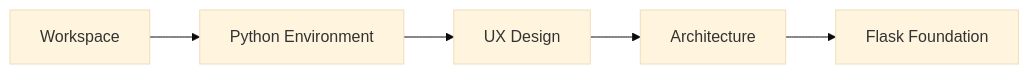
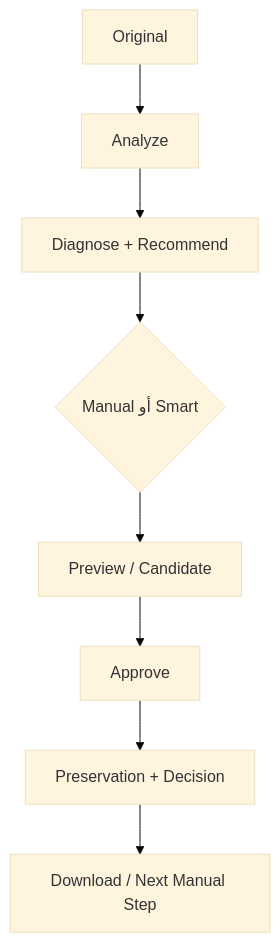
The second of 4 diagrams in docs/roadmap.md (Alhareith/manuscript-doctor), drawn with Mermaid (base theme) before and after one commit. The commit also changed other lines of this file and 168 other files, not shown here.

````diff
--- a/docs/roadmap.md
+++ b/docs/roadmap.md
@@ -80,7 +57,10 @@
 ```mermaid
-flowchart LR
-    A["Workspace"] --> B["Python Environment"]
-    B --> C["UX Design"]
-    C --> D["Architecture"]
-    D --> E["Flask Foundation"]
+flowchart TD
+    A["Original"] --> B["Analyze"]
+    B --> C["Diagnose + Recommend"]
+    C --> D{"Manual أو Smart"}
+    D --> E["Preview / Candidate"]
+    E --> F["Approve"]
+    F --> G["Preservation + Decision"]
+    G --> H["Download / Next Manual Step"]
 ```
````
